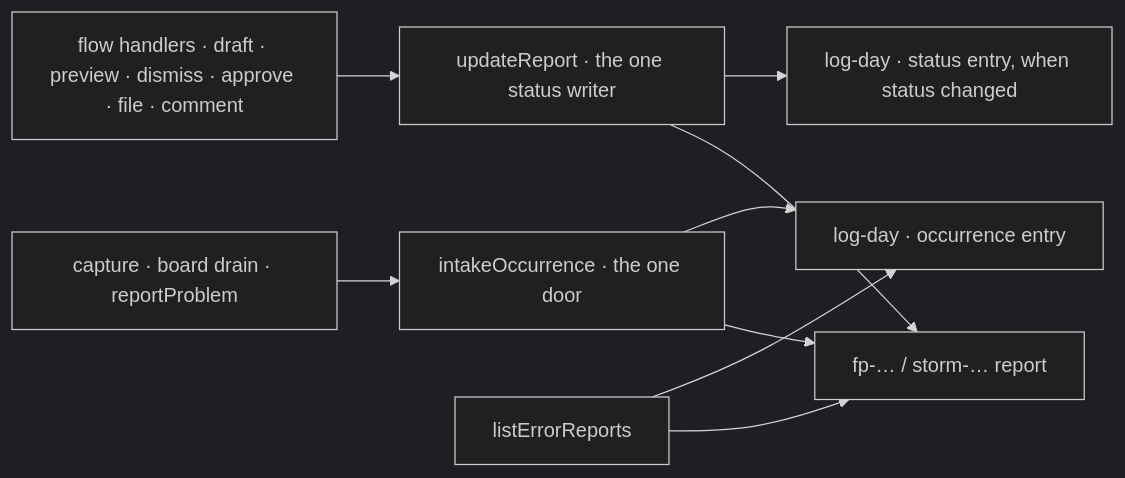
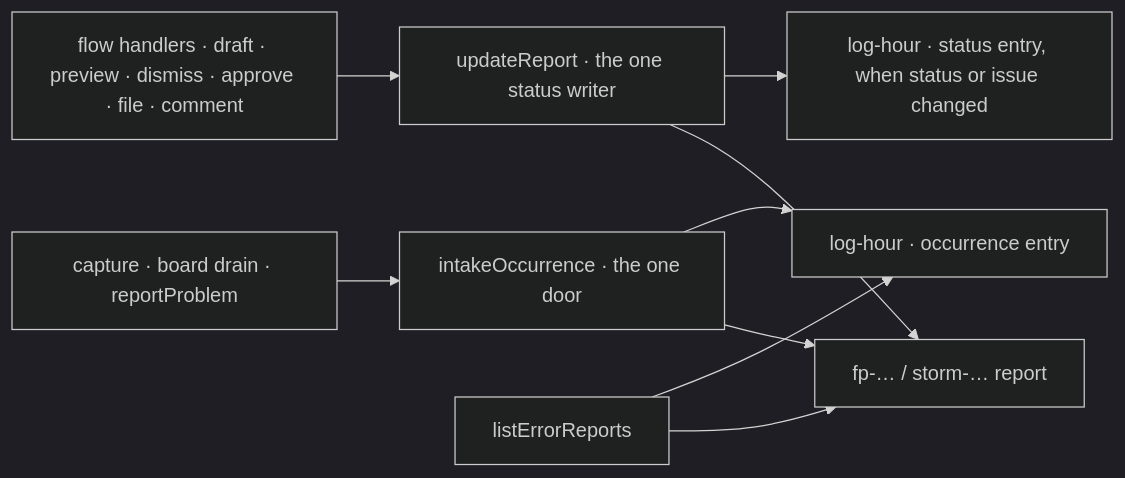
The third of 3 diagrams in specs/issues/FIX-2793/SPEC.md (fixpoint-labs/flow-state-dev), drawn with Mermaid (dark theme) before and after one commit. The commit also changed other lines of this file and 3 other files, not shown here.

````diff
--- a/specs/issues/FIX-2793/SPEC.md
+++ b/specs/issues/FIX-2793/SPEC.md
@@ -112,11 +112,11 @@
 ```mermaid
 flowchart LR
   A["capture · board drain · reportProblem"] --> IN["intakeOccurrence · the one door"]
   IN --> REP["fp-… / storm-… report"]
-  IN --> LOG["log-day · occurrence entry"]
+  IN --> LOG["log-hour · occurrence entry"]
   F["flow handlers · draft · preview · dismiss · approve · file · comment"] --> UR["updateReport · the one status writer"]
   UR --> REP
-  UR --> LOG2["log-day · status entry, when status changed"]
+  UR --> LOG2["log-hour · status entry, when status or issue changed"]
   T["listErrorReports"] --> REP
   T --> LOG
 ```
````
